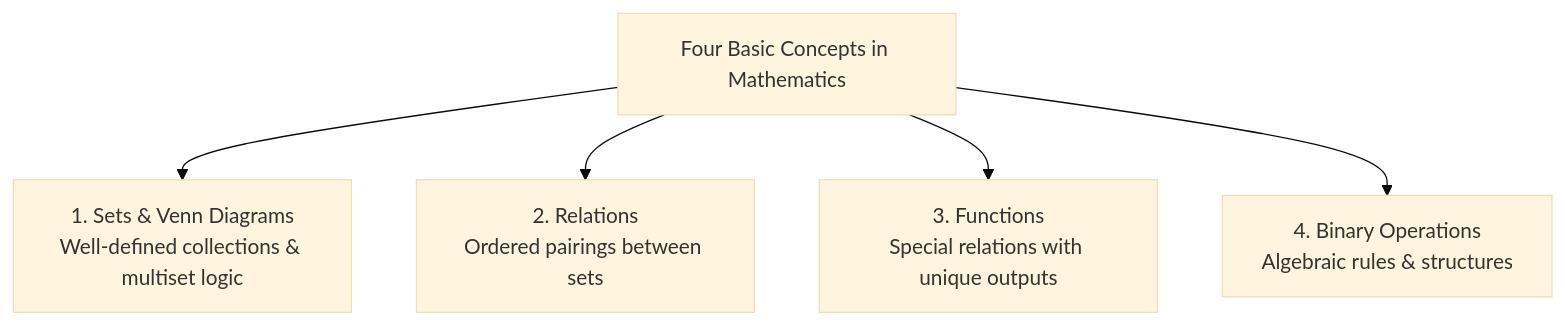
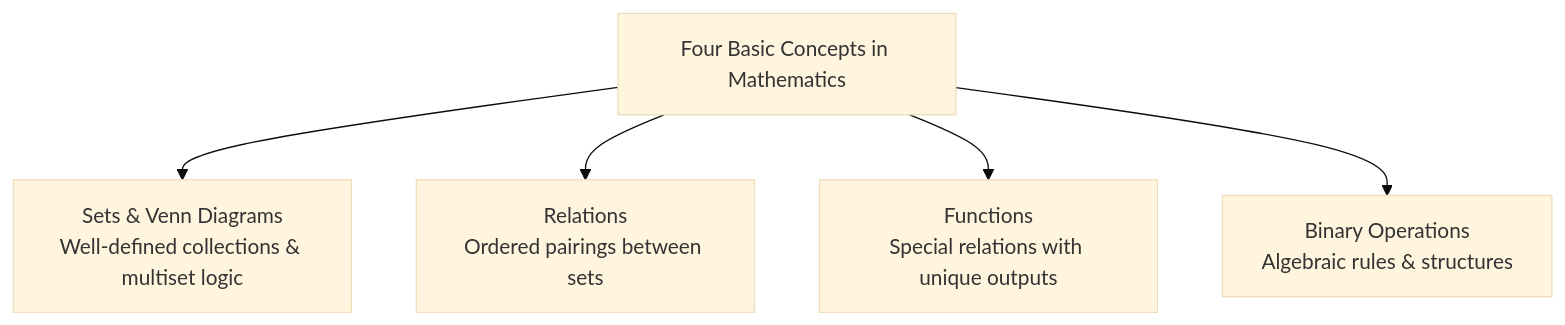
Before and after one commit to aidocmr/learn-bscs: the second of 5 diagrams in content/Year 1/Mathematics in the Modern World/2. Mathematical Language, Sets, and Logic.md, drawn with Mermaid (base theme). The commit also changed 20 other files, not shown here.

First line of the commit message:
fix: Remove markdown lists and numbered prefixes from all Mermaid diagrams

````diff
--- a/content/Year 1/Mathematics in the Modern World/2. Mathematical Language, Sets, and Logic.md
+++ b/content/Year 1/Mathematics in the Modern World/2. Mathematical Language, Sets, and Logic.md
@@ -35,7 +35,7 @@
 ```mermaid
 flowchart TD
-    Four["Four Basic Concepts in Mathematics"] --> Sets["1. Sets & Venn Diagrams<br/>Well-defined collections & multiset logic"]
-    Four --> Rel["2. Relations<br/>Ordered pairings between sets"]
-    Four --> Func["3. Functions<br/>Special relations with unique outputs"]
-    Four --> Bin["4. Binary Operations<br/>Algebraic rules & structures"]
+    Four["Four Basic Concepts in Mathematics"] --> Sets["Sets & Venn Diagrams<br/>Well-defined collections & multiset logic"]
+    Four --> Rel["Relations<br/>Ordered pairings between sets"]
+    Four --> Func["Functions<br/>Special relations with unique outputs"]
+    Four --> Bin["Binary Operations<br/>Algebraic rules & structures"]
 ```
````
